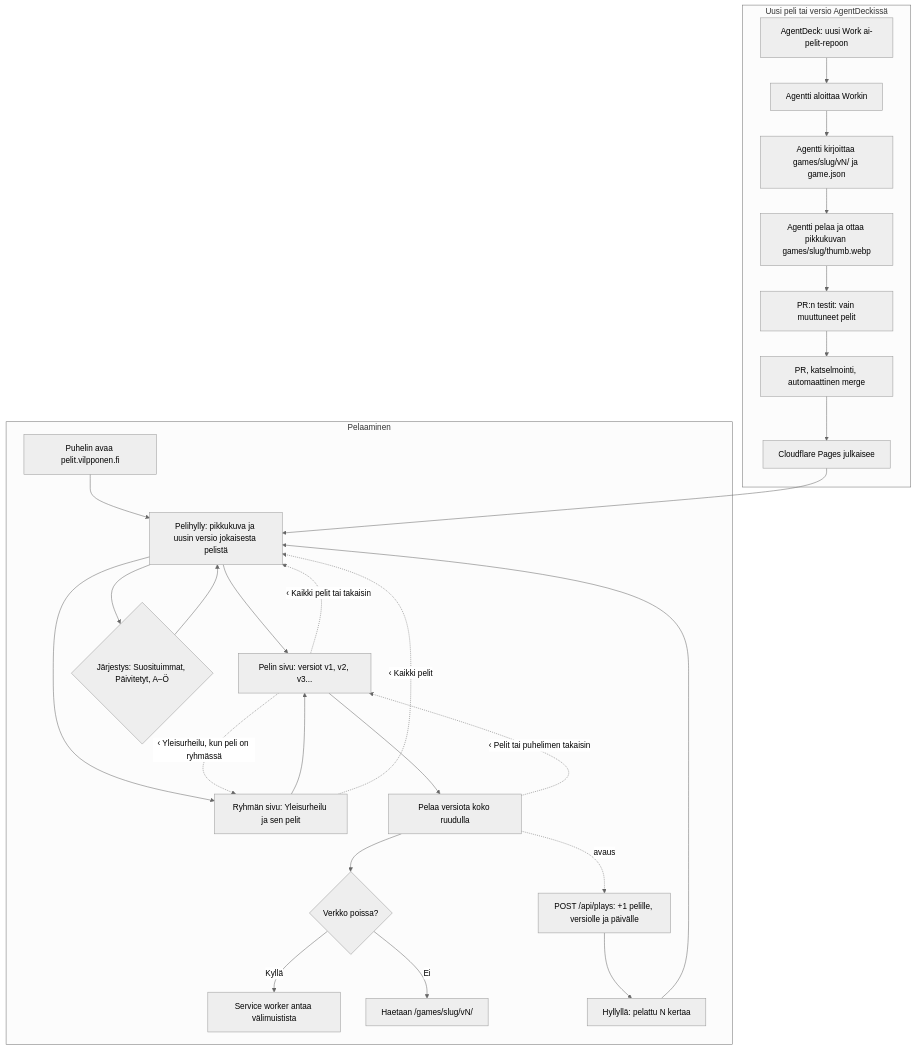
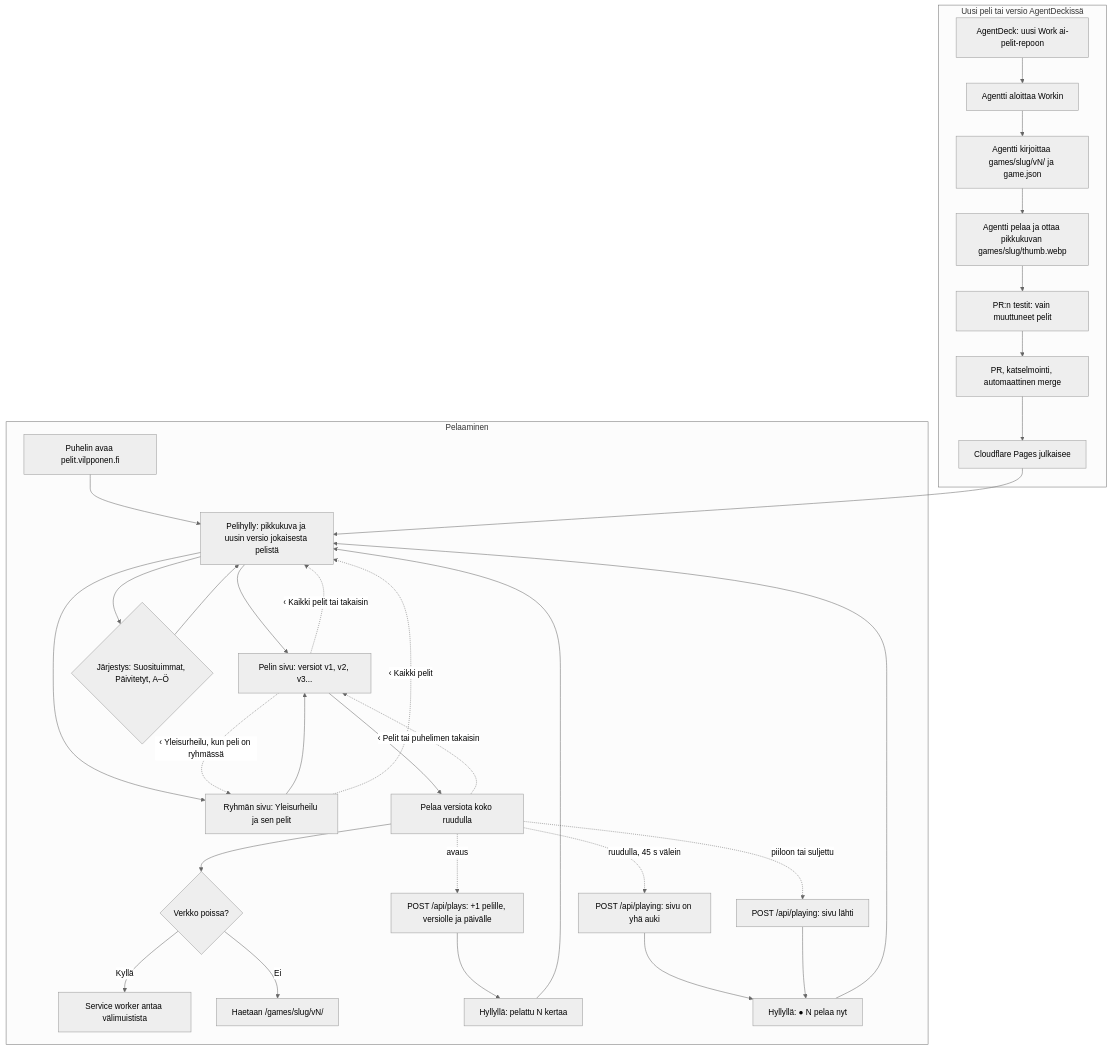
Before and after one commit to eerovil/ai-pelit: the diagram in docs/diagrams/ai-pelit.md, drawn with Mermaid (neutral theme). The commit also changed other lines of this file and 7 other files, not shown here.

````diff
--- a/docs/diagrams/ai-pelit.md
+++ b/docs/diagrams/ai-pelit.md
@@ -8,38 +8,43 @@
 ```mermaid
 flowchart TD
   subgraph Pelaaminen
     A[Puhelin avaa pelit.vilpponen.fi] --> B[Pelihylly: pikkukuva ja uusin versio jokaisesta pelistä]
     B --> C[Pelin sivu: versiot v1, v2, v3...]
     B --> J{Järjestys: Suosituimmat, Päivitetyt, A–Ö}
     J --> B
     B --> R[Ryhmän sivu: Yleisurheilu ja sen pelit]
     R --> C
     R -. ‹ Kaikki pelit .-> B
     C --> D[Pelaa versiota koko ruudulla]
     D -. ‹ Pelit tai puhelimen takaisin .-> C
     C -. ‹ Kaikki pelit tai takaisin .-> B
     C -. ‹ Yleisurheilu, kun peli on ryhmässä .-> R
     D --> E{Verkko poissa?}
     E -- Kyllä --> F[Service worker antaa välimuistista]
     E -- Ei --> G[Haetaan /games/slug/vN/]
     D -. avaus .-> P[POST /api/plays: +1 pelille, versiolle ja päivälle]
     P --> Q[Hyllyllä: pelattu N kertaa]
     Q --> B
+    D -. ruudulla, 45 s välein .-> W[POST /api/playing: sivu on yhä auki]
+    D -. piiloon tai suljettu .-> X[POST /api/playing: sivu lähti]
+    W --> Y[Hyllyllä: ● N pelaa nyt]
+    X --> Y
+    Y --> B
   end
   subgraph Uusi peli tai versio AgentDeckissä
     H[AgentDeck: uusi Work ai-pelit-repoon] --> L[Agentti aloittaa Workin]
     L --> M[Agentti kirjoittaa games/slug/vN/ ja game.json]
     M --> T[Agentti pelaa ja ottaa pikkukuvan games/slug/thumb.webp]
     T --> U[PR:n testit: vain muuttuneet pelit]
     U --> N[PR, katselmointi, automaattinen merge]
     N --> O[Cloudflare Pages julkaisee]
     O --> B
   end
-  class A,B,C,D,Q,R blue
+  class A,B,C,D,Q,R,Y blue
   class E,J amber
-  class F,G,P teal
+  class F,G,P,W,X teal
   class H violet
   class L,M,T,N rose
   class U amber
   class O green
 ```
````
